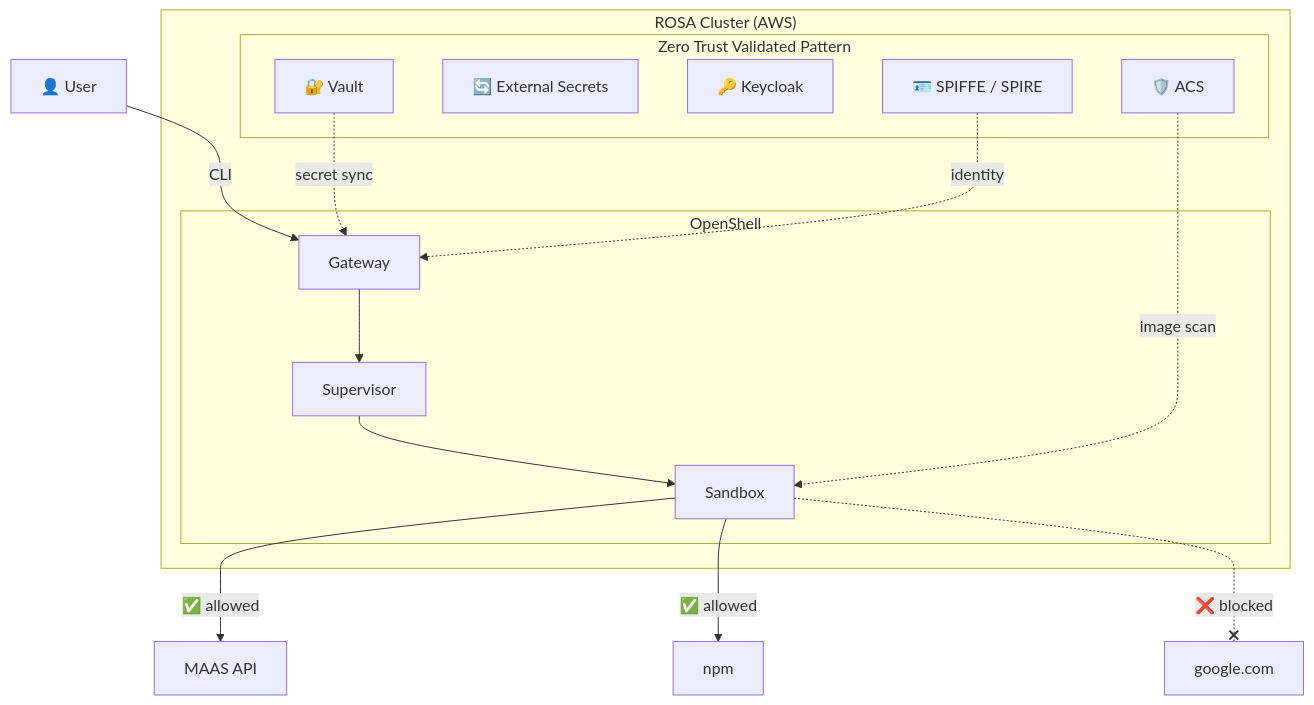
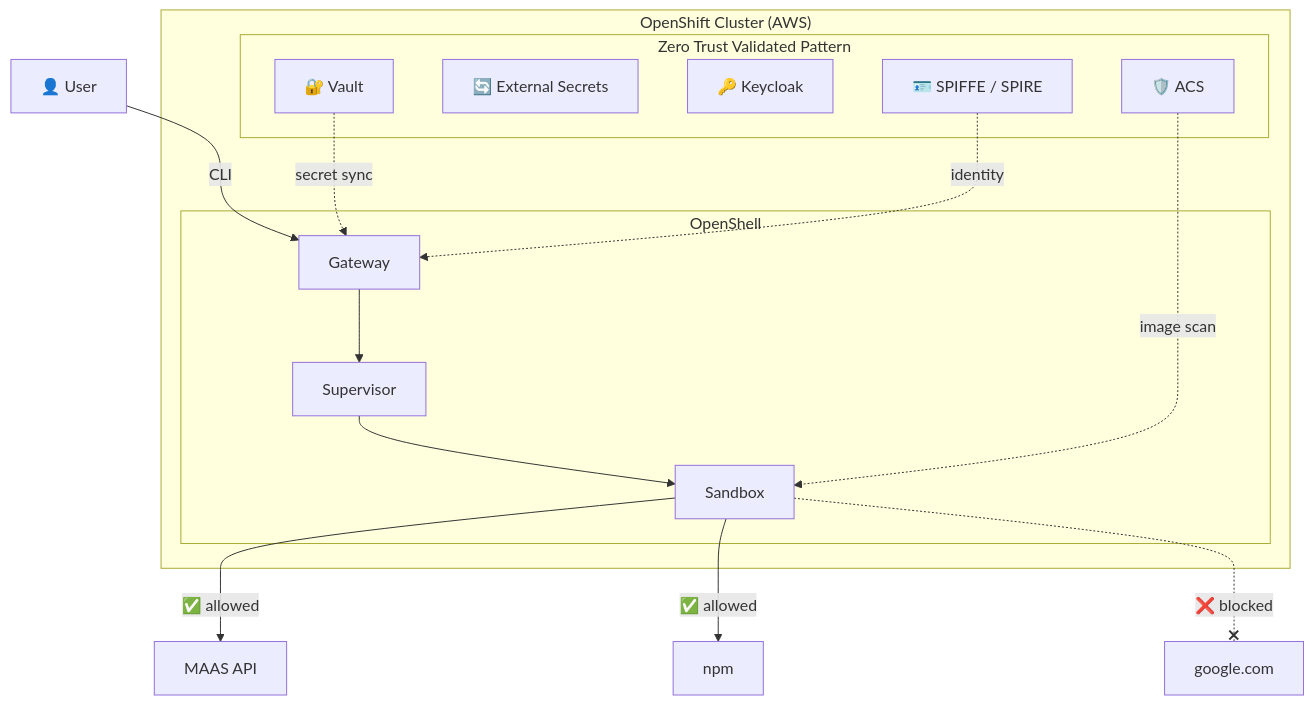
One commit to avijra/openshell-ztm-lab changed the first of 6 diagrams in docs/1-architecture/README.md. Above: the diagram before and after it, drawn with Mermaid. The commit also changed other lines of this file and 5 other files, not shown here.

Commit message:
docs: replace ROSA references with AWS/OpenShift on AWS

````diff
--- a/docs/1-architecture/README.md
+++ b/docs/1-architecture/README.md
@@ -13,25 +13,25 @@
 ```mermaid
 graph TB
-    subgraph ROSA["ROSA Cluster (AWS)"]
+        subgraph OCP["OpenShift Cluster (AWS)"]
         subgraph ZTVP["Zero Trust Validated Pattern"]
             Vault["🔐 Vault"]
             ESO["🔄 External Secrets"]
             Keycloak["🔑 Keycloak"]
             SPIRE["🪪 SPIFFE / SPIRE"]
             ACS["🛡️ ACS"]
         end
         subgraph OS["OpenShell"]
             GW["Gateway"]
             SV["Supervisor"]
             SB["Sandbox"]
         end
     end
     User["👤 User"] -->|CLI| GW
     GW --> SV --> SB
     SB -->|"✅ allowed"| MAAS["MAAS API"]
     SB -->|"✅ allowed"| NPM["npm"]
     SB -.-x|"❌ blocked"| Bad["google.com"]
     Vault -.->|secret sync| GW
     SPIRE -.->|identity| GW
     ACS -.->|image scan| SB
 ```
````
